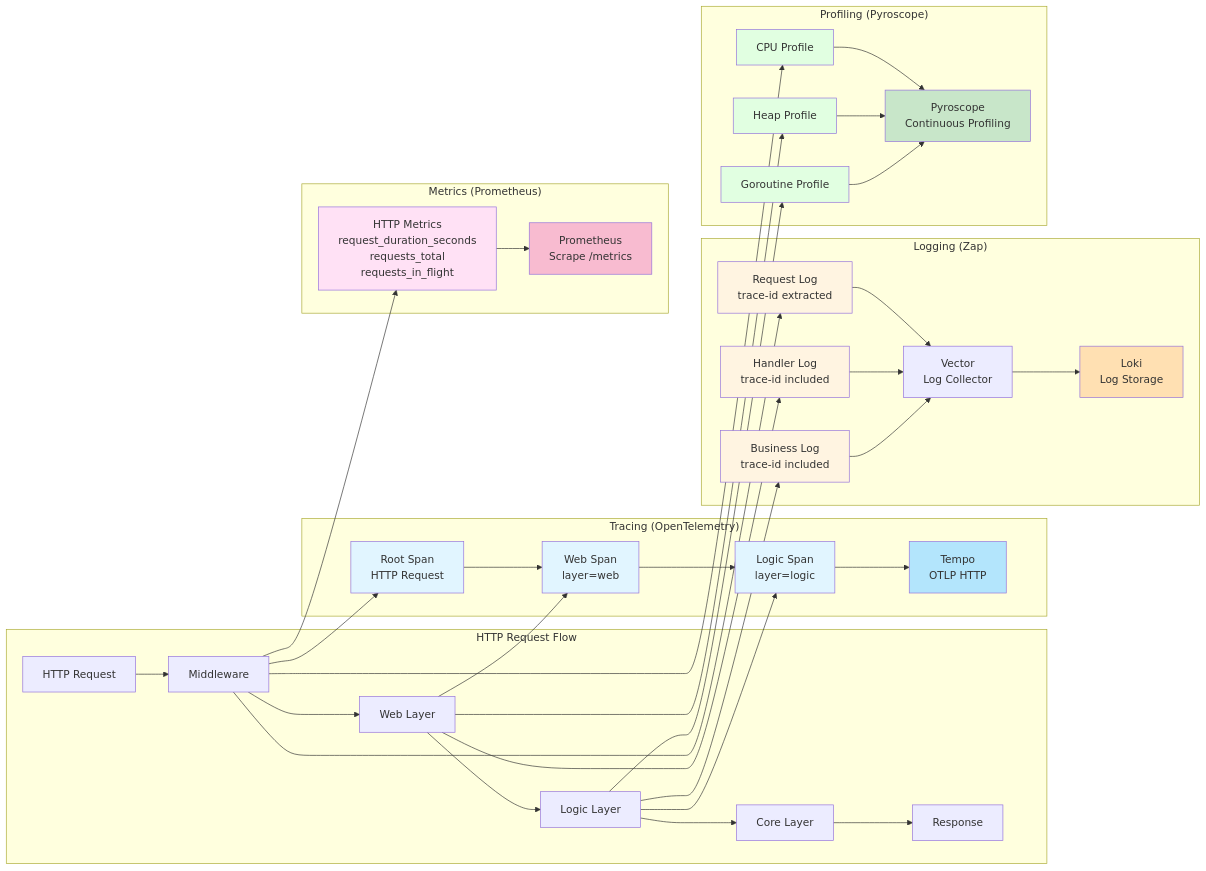
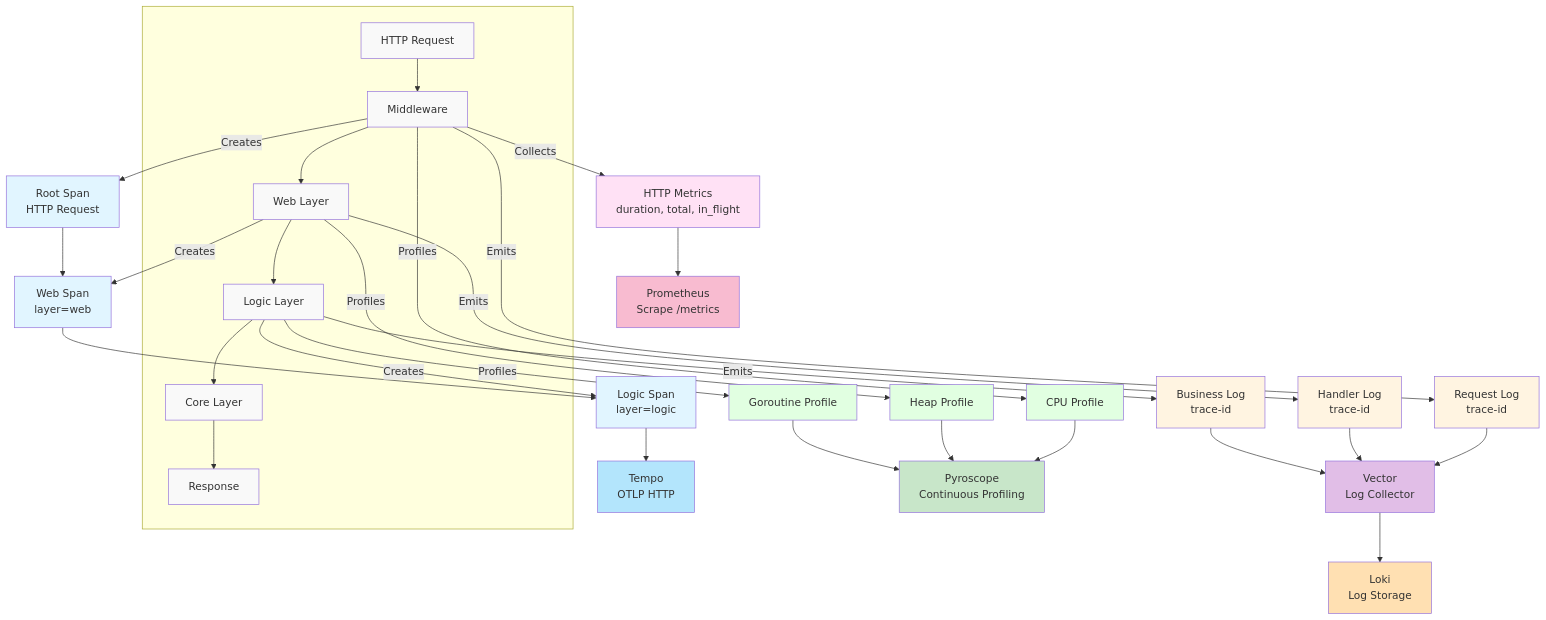
Before and after one commit to duynhlab/homelab: the second of 6 diagrams in docs/apm/ARCHITECTURE.md, drawn with Mermaid. The commit also changed other lines of this file, not shown here.

````diff
--- a/docs/apm/ARCHITECTURE.md
+++ b/docs/apm/ARCHITECTURE.md
@@ -155,58 +159,57 @@
 ```mermaid
-graph LR
-    subgraph "HTTP Request Flow"
+graph TB
+    subgraph REQ[" "]
         A[HTTP Request] --> B[Middleware]
         B --> C[Web Layer]
         C --> D[Logic Layer]
         D --> E[Core Layer]
         E --> F[Response]
     end
     
-    subgraph "Tracing (OpenTelemetry)"
-        B --> T1[Root Span<br/>HTTP Request]
-        C --> T2[Web Span<br/>layer=web]
-        D --> T3[Logic Span<br/>layer=logic]
-        T1 --> T2
-        T2 --> T3
-        T3 --> TEMPO[Tempo<br/>OTLP HTTP]
-    end
+    B -->|Creates| T1[Root Span<br/>HTTP Request]
+    C -->|Creates| T2[Web Span<br/>layer=web]
+    D -->|Creates| T3[Logic Span<br/>layer=logic]
+    T1 --> T2
+    T2 --> T3
+    T3 --> TEMPO[Tempo<br/>OTLP HTTP]
     
-    subgraph "Logging (Zap)"
-        B --> L1[Request Log<br/>trace-id extracted]
-        C --> L2[Handler Log<br/>trace-id included]
-        D --> L3[Business Log<br/>trace-id included]
-        L1 --> VECTOR[Vector<br/>Log Collector]
-        L2 --> VECTOR
-        L3 --> VECTOR
-        VECTOR --> LOKI[Loki<br/>Log Storage]
-    end
+    B -->|Emits| L1[Request Log<br/>trace-id]
+    C -->|Emits| L2[Handler Log<br/>trace-id]
+    D -->|Emits| L3[Business Log<br/>trace-id]
+    L1 --> VECTOR[Vector<br/>Log Collector]
+    L2 --> VECTOR
+    L3 --> VECTOR
+    VECTOR --> LOKI[Loki<br/>Log Storage]
     
-    subgraph "Metrics (Prometheus)"
-        B --> M1[HTTP Metrics<br/>request_duration_seconds<br/>requests_total<br/>requests_in_flight]
-        M1 --> PROM[Prometheus<br/>Scrape /metrics]
-    end
+    B -->|Collects| M1[HTTP Metrics<br/>duration, total, in_flight]
+    M1 --> PROM[Prometheus<br/>Scrape /metrics]
     
-    subgraph "Profiling (Pyroscope)"
-        B --> P1[CPU Profile]
-        C --> P2[Heap Profile]
-        D --> P3[Goroutine Profile]
-        P1 --> PYRO[Pyroscope<br/>Continuous Profiling]
-        P2 --> PYRO
-        P3 --> PYRO
-    end
+    B -->|Profiles| P1[CPU Profile]
+    C -->|Profiles| P2[Heap Profile]
+    D -->|Profiles| P3[Goroutine Profile]
+    P1 --> PYRO[Pyroscope<br/>Continuous Profiling]
+    P2 --> PYRO
+    P3 --> PYRO
     
+    style A fill:#f9f9f9
+    style B fill:#f9f9f9
+    style C fill:#f9f9f9
+    style D fill:#f9f9f9
+    style E fill:#f9f9f9
+    style F fill:#f9f9f9
     style T1 fill:#e1f5ff
     style T2 fill:#e1f5ff
     style T3 fill:#e1f5ff
     style TEMPO fill:#b3e5fc
     style L1 fill:#fff4e1
     style L2 fill:#fff4e1
     style L3 fill:#fff4e1
+    style VECTOR fill:#e1bee7
     style LOKI fill:#ffe0b2
     style M1 fill:#ffe1f5
     style PROM fill:#f8bbd0
     style P1 fill:#e1ffe1
     style P2 fill:#e1ffe1
     style P3 fill:#e1ffe1
     style PYRO fill:#c8e6c9
 ```
````
